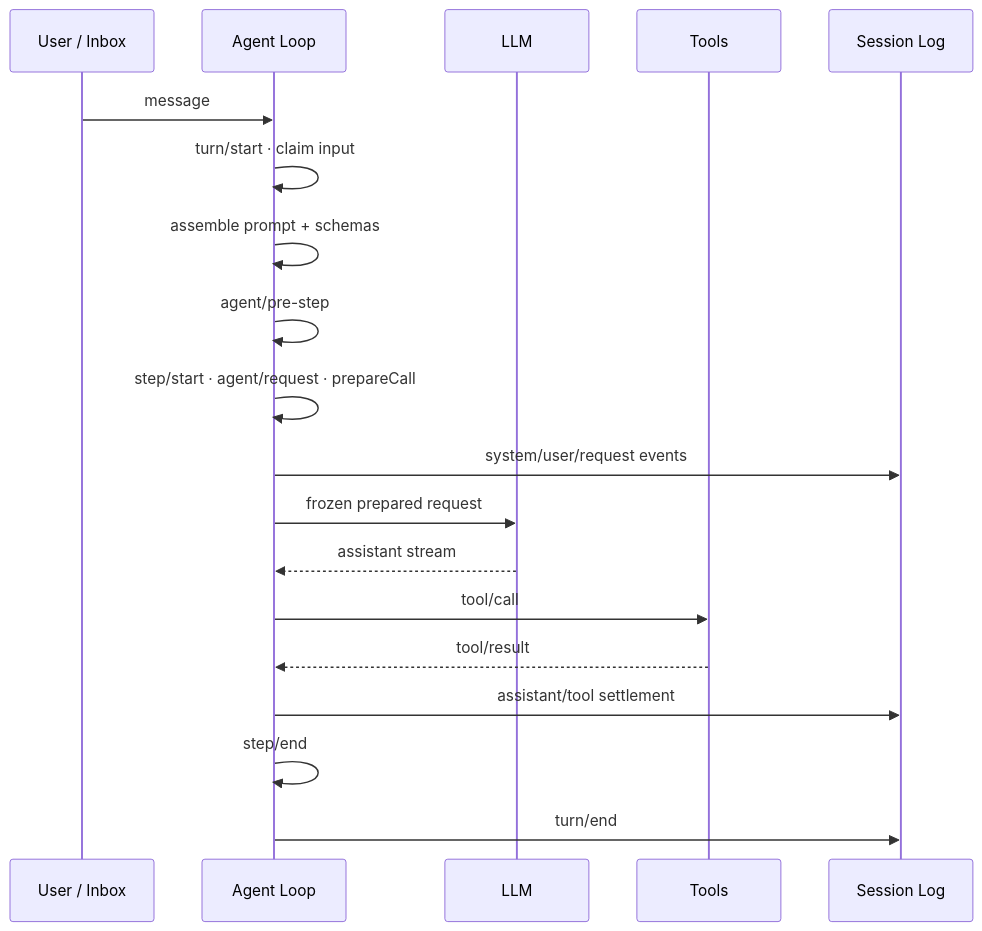
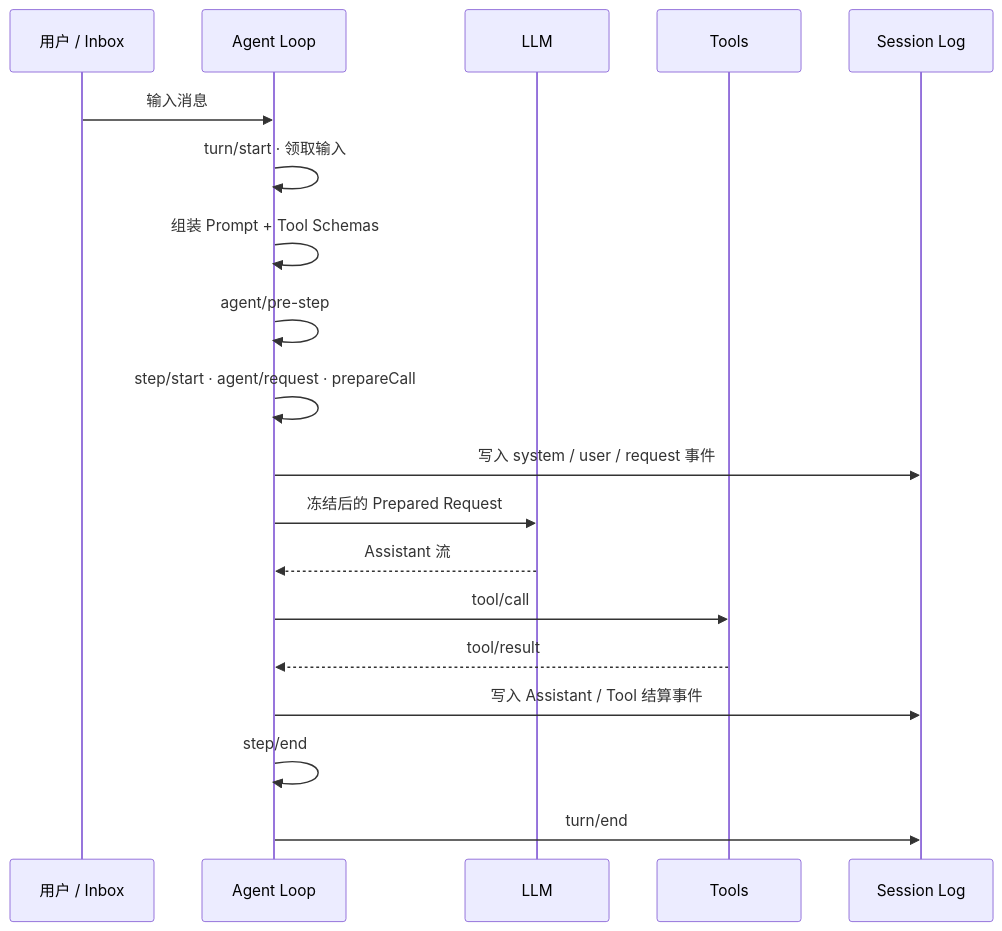
The diagram in src/react-app/content/whitepaper/v0.1.5-rc.1/04-runtime.md (0326/dsh-plugin-market), drawn with Mermaid before and after one commit. The commit also changed other lines of this file, not shown here.

Commit message:
docs: localize agent runtime diagram

````diff
--- a/src/react-app/content/whitepaper/v0.1.5-rc.1/04-runtime.md
+++ b/src/react-app/content/whitepaper/v0.1.5-rc.1/04-runtime.md
@@ -21,21 +21,21 @@
 ```mermaid id=turn-flow
 sequenceDiagram
-  participant U as User / Inbox
+  participant U as 用户 / Inbox
   participant A as Agent Loop
   participant L as LLM
   participant T as Tools
   participant S as Session Log
-  U->>A: message
-  A->>A: turn/start · claim input
-  A->>A: assemble prompt + schemas
+  U->>A: 输入消息
+  A->>A: turn/start · 领取输入
+  A->>A: 组装 Prompt + Tool Schemas
   A->>A: agent/pre-step
   A->>A: step/start · agent/request · prepareCall
-  A->>S: system/user/request events
-  A->>L: frozen prepared request
-  L-->>A: assistant stream
+  A->>S: 写入 system / user / request 事件
+  A->>L: 冻结后的 Prepared Request
+  L-->>A: Assistant 流
   A->>T: tool/call
   T-->>A: tool/result
-  A->>S: assistant/tool settlement
+  A->>S: 写入 Assistant / Tool 结算事件
   A->>A: step/end
   A->>S: turn/end
 ```
````
